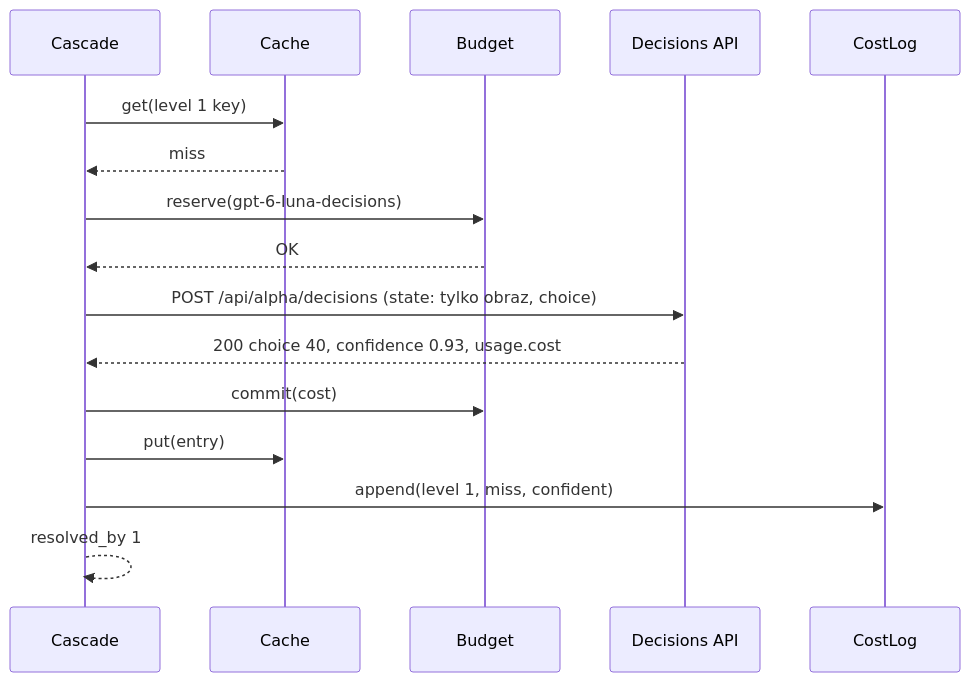
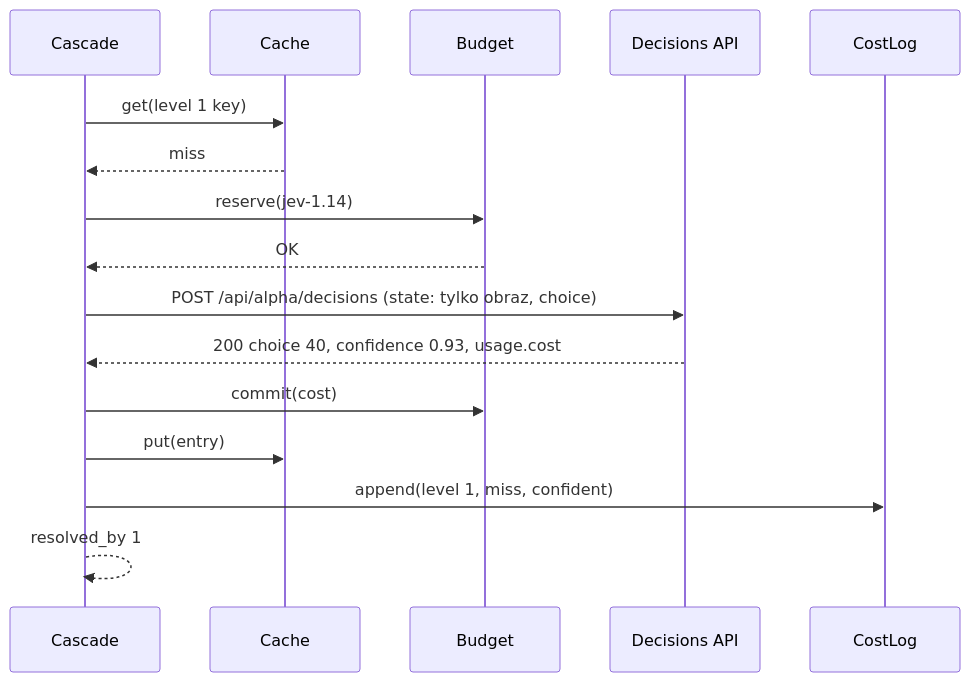
Before and after one commit to kamil02112026/jsystems-claude-codex-gis-2026-11_KL: the second of 4 diagrams in docs/ADR/003-model-cascade.md, drawn with Mermaid. The commit also changed other lines of this file and 3 other files, not shown here.

````diff
--- a/docs/ADR/003-model-cascade.md
+++ b/docs/ADR/003-model-cascade.md
@@ -281,18 +281,18 @@
 ```mermaid
 sequenceDiagram
   participant C as Cascade
   participant K as Cache
   participant B as Budget
   participant D as Decisions API
   participant L as CostLog
   C->>K: get(level 1 key)
   K-->>C: miss
-  C->>B: reserve(gpt-6-luna-decisions)
+  C->>B: reserve(jev-1.14)
   B-->>C: OK
   C->>D: POST /api/alpha/decisions (state: tylko obraz, choice)
   D-->>C: 200 choice 40, confidence 0.93, usage.cost
   C->>B: commit(cost)
   C->>K: put(entry)
   C->>L: append(level 1, miss, confident)
   C-->>C: resolved_by 1
 ```
````
